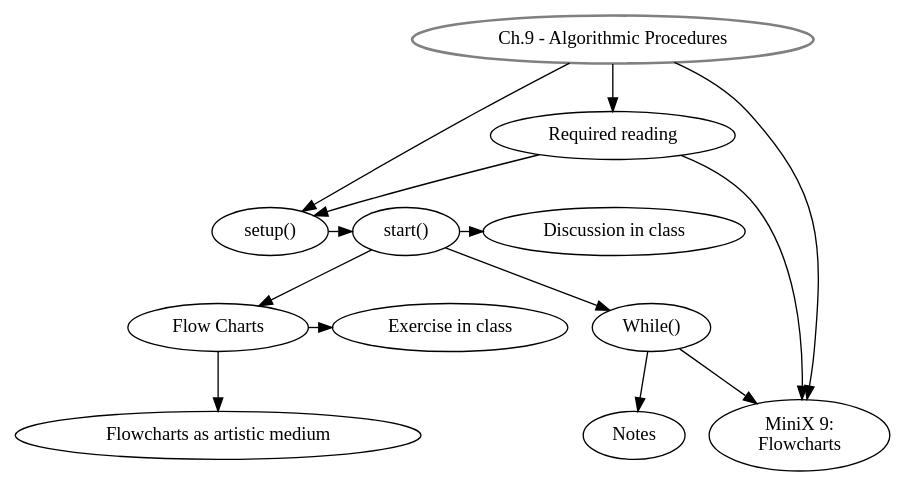
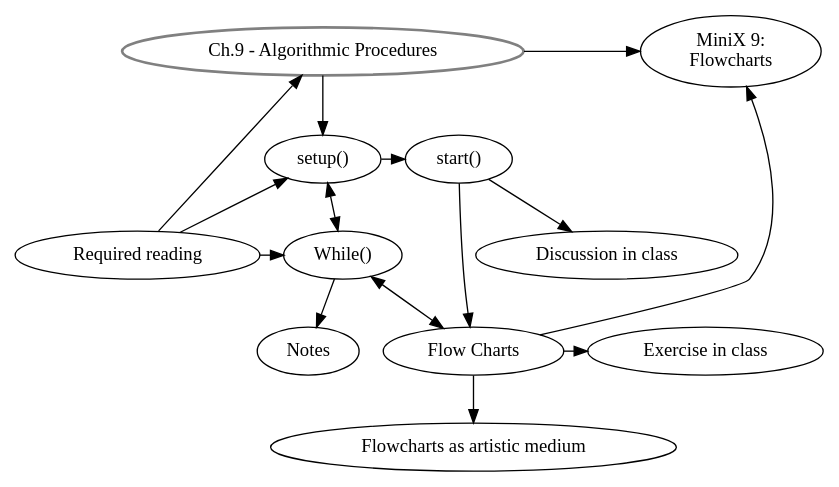
The diagram in graphviz/AP_ch9.dot (danbz/aesthetic-programming), drawn with Graphviz before and after one commit. The commit also changed 6 other files, not shown here.

Commit message:
update ch.9-10 flowcharts

```diff
--- a/graphviz/AP_ch9.dot
+++ b/graphviz/AP_ch9.dot
@@ -1,33 +1,37 @@
 digraph G {
 //labels
 GS [
 label="Ch.9 - Algorithmic Procedures",
 style=bold,
 color=grey,
 ]
 
 SU [label="setup()"]
 ST [label="start()"]
 DiC [label="Discussion in class"]
 FC [label="Flow Charts"]
 EiC [label="Exercise in class"]
 AM [label="Flowcharts as artistic medium"]
 MW [label="While()"]
 MX [label="MiniX 9: \nFlowcharts"]
 RR [label="Required reading"]
 Notes [label="Notes"]
 
 //rank
-{rank = same; SU, ST, DiC}
+{rank = same; SU, ST}
 {rank = same; FC, EiC}
+{rank = same; RR, MW}
+{rank = same; MX, GS}
 
 //graph
 GS -> SU -> ST;
-GS -> RR, MX;
-RR -> MX, SU;
+GS -> MX[minlen=3];
 ST -> DiC;
 ST -> FC -> EiC;
 FC -> AM;
-ST -> MW -> Notes;
-MW -> MX;
+MW -> Notes;
+MW -> FC[dir=both]
+SU -> MW [dir=both];
+RR -> GS, SU, MW;
+FC -> MX;
 }
```
